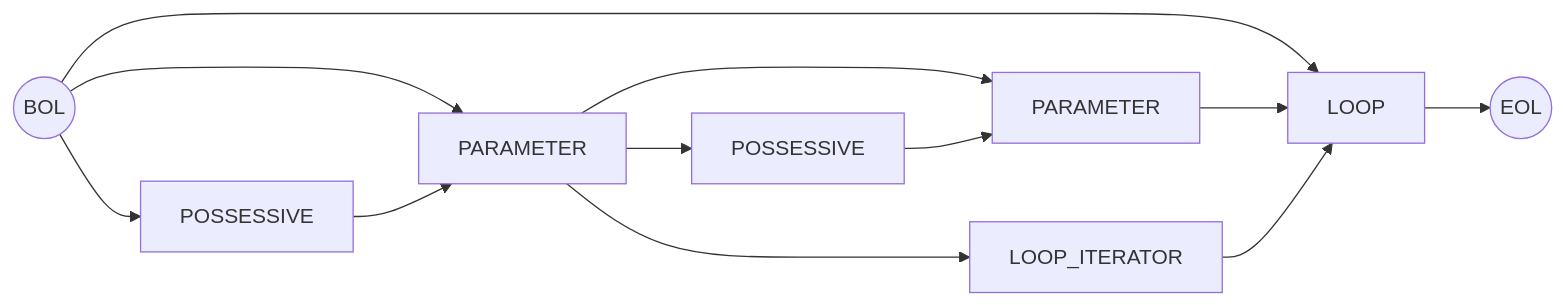
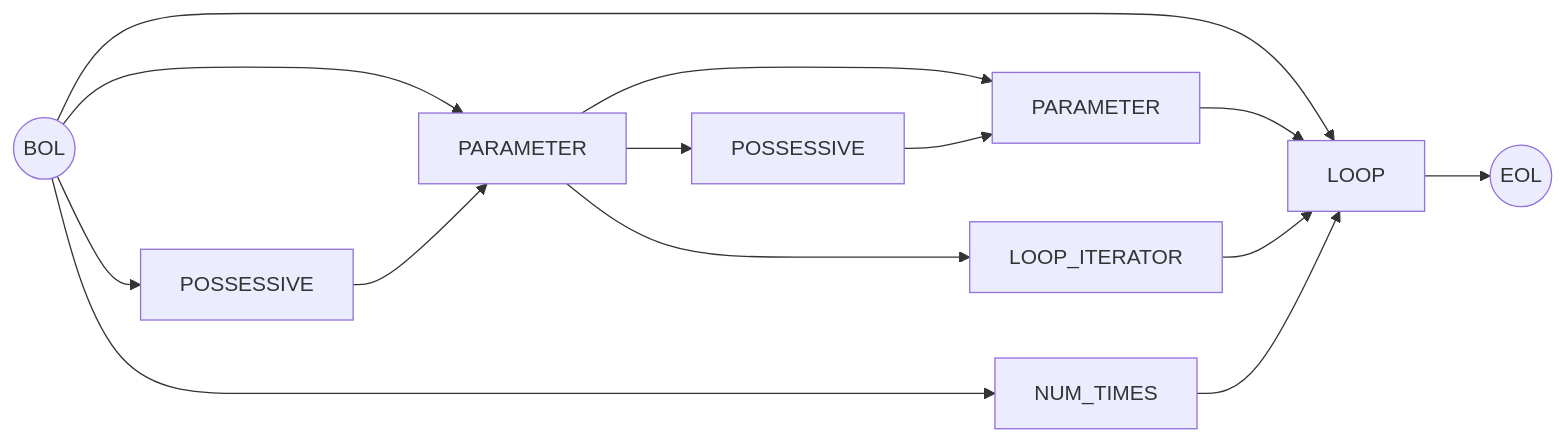
Before and after one commit to rewhowe/snapdragon: the fifth of 15 diagrams in documentation/nfsm.md, drawn with Mermaid. The commit also changed other lines of this file and 7 other files, not shown here.

````diff
--- a/documentation/nfsm.md
+++ b/documentation/nfsm.md
@@ -117,20 +117,22 @@
 ```mermaid
 graph LR
   BOL((BOL)) --> PARAMETER_1[PARAMETER]
   BOL --> POSSESSIVE_1[POSSESSIVE]
   BOL --> LOOP
+  BOL --> NUM_TIMES
 
   PARAMETER_1[PARAMETER] --> PARAMETER_2[PARAMETER]
   PARAMETER_1[PARAMETER] --> LOOP_ITERATOR
   PARAMETER_1[PARAMETER] --> POSSESSIVE_2[PARAMETER]
 
   PARAMETER_2[PARAMETER] --> LOOP
 
   POSSESSIVE_1[POSSESSIVE] --> PARAMETER_1[PARAMETER]
 
   POSSESSIVE_2[POSSESSIVE] --> PARAMETER_2[PARAMETER]
 
   LOOP_ITERATOR --> LOOP
+  NUM_TIMES --> LOOP
 
   LOOP --> EOL((EOL))
 ```
````
